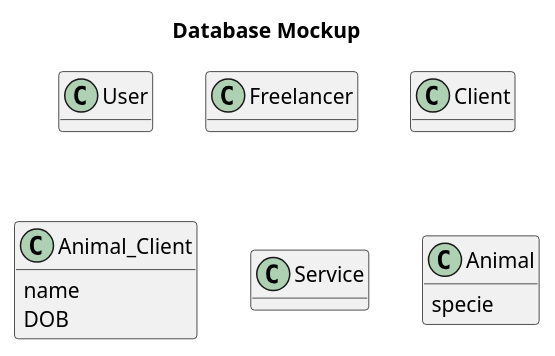
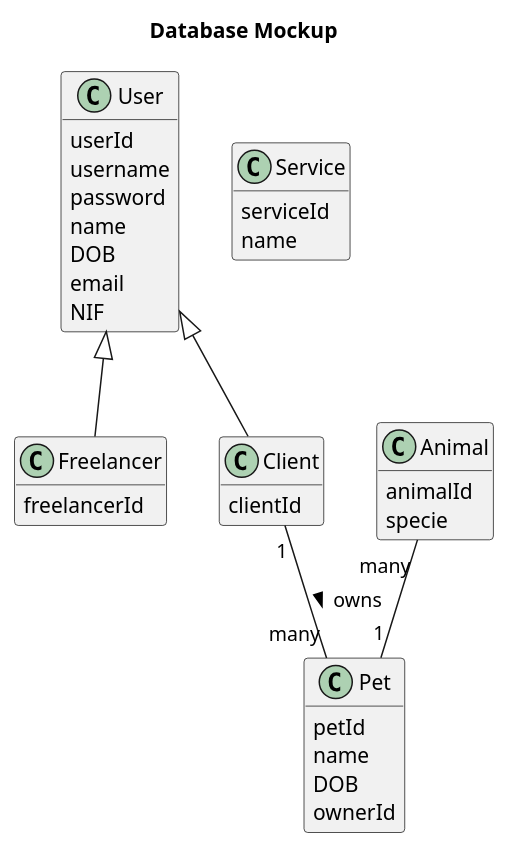
The diagram in docs/mockup_db/db.puml (casemiromjm/petlink), drawn with PlantUML before and after one commit.

Commit message:
updated db uml

```diff
--- a/docs/mockup_db/db.puml
+++ b/docs/mockup_db/db.puml
@@ -1,32 +1,83 @@
 @startuml Database
 
 title "Database Mockup"
 
 hide methods
 
+' classes
 class User {
+    /'
+    PK - userId
+    '/
 
+    userId
+    username
+    password
+    name
+    DOB
+    email
+    NIF
 }
 
 class Freelancer {
+    /'
+    PK - freelancerId
+    '/
 
+    freelancerId
+    
 }
 
 class Client {
-    
+    /'
+    PK - clientId
+    '/
+
+    clientId
 }
 
-class Animal_Client {
+class Pet {
+    /'
+    PK - petId
+    FK - owner, aponta para Client
+    '/
+
+    petId
     name
     DOB
-
+    ownerId
 }
 
-class Service
+class Service {
+    /'
+    PK - serviceId
+    '/
+
+    serviceId
+    name
+}
 
 class Animal {
+    /'
+    PK - animalId
+    '/
+
+    animalId
     specie
 }
 
+' Preicsa ter essa?
+' class Admin {
+' }
+
+' associations
+
+User <|-- Freelancer
+User <|-- Client
+
+Client "1" -- "many" Pet : owns >
+
+Animal "many" -- "1" Pet
+
 
 @enduml
```
